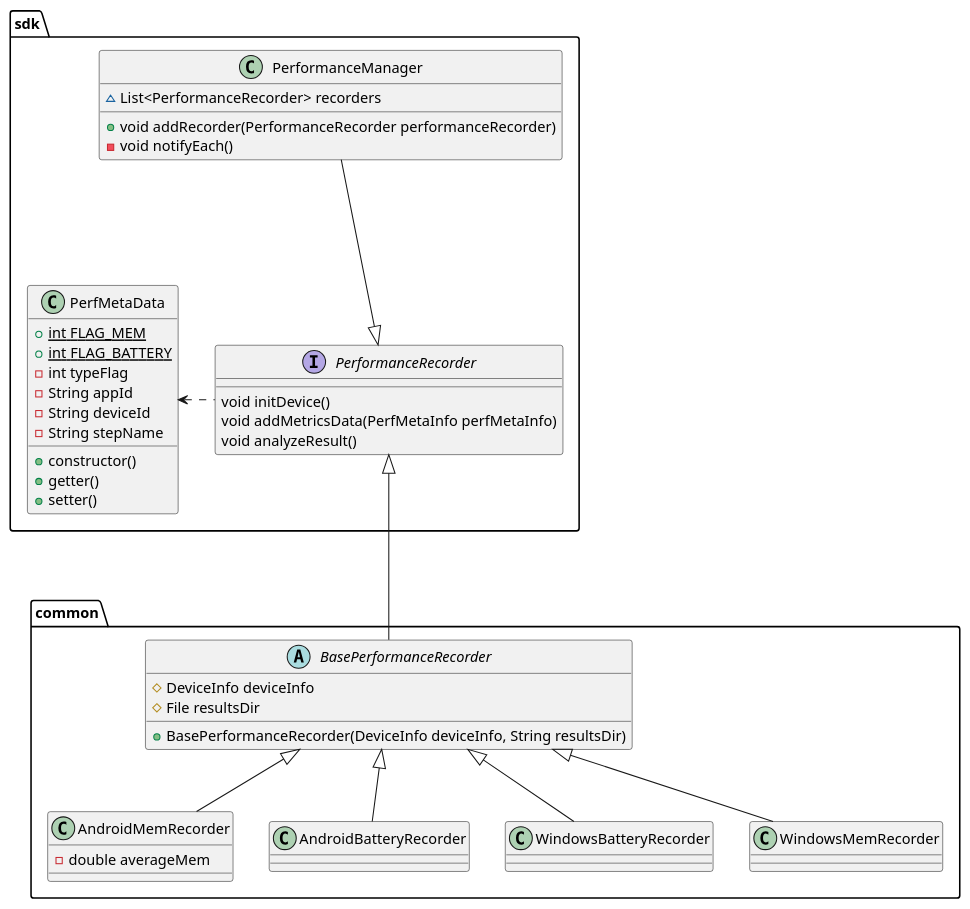
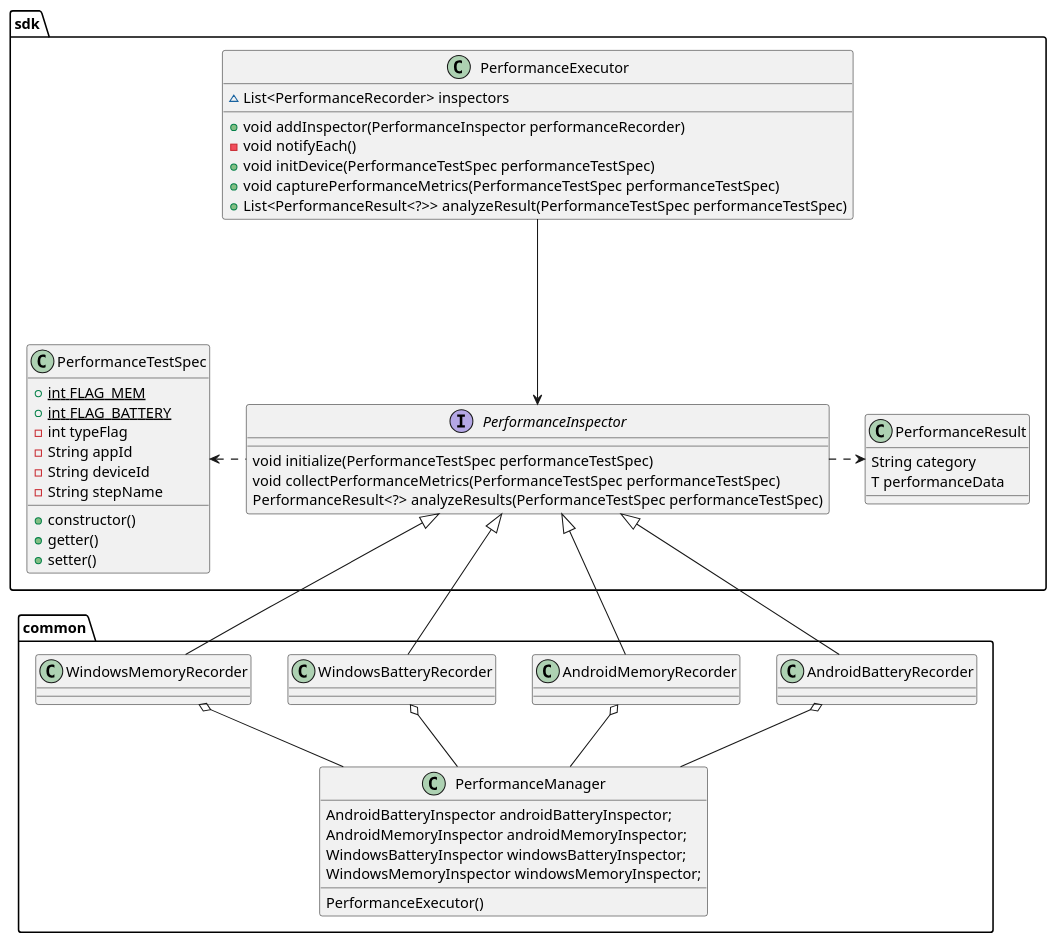
The first of 2 diagrams in agent/doc/UML/perf_design.puml (microsoft/HydraLab), drawn with PlantUML before and after one commit. The commit also changed other lines of this file and 8 other files, not shown here.

Commit message:
Update UML

```diff
--- a/agent/doc/UML/perf_design.puml
+++ b/agent/doc/UML/perf_design.puml
@@ -1,51 +1,61 @@
 @startuml
 'https://plantuml.com/class-diagram'
 
 package "sdk" {
 
-    class PerfMetaData {
+    class PerformanceTestSpec {
         {static}+int FLAG_MEM
         {static}+int FLAG_BATTERY
         -int typeFlag
         -String appId
         -String deviceId
         -String stepName
         +constructor()
         +getter()
         +setter()
     }
-    interface PerformanceRecorder {
-        void initDevice()
-        void addMetricsData(PerfMetaInfo perfMetaInfo)
-        void analyzeResult()
+    interface PerformanceInspector {
+        void initialize(PerformanceTestSpec performanceTestSpec)
+        void collectPerformanceMetrics(PerformanceTestSpec performanceTestSpec)
+        PerformanceResult<?> analyzeResults(PerformanceTestSpec performanceTestSpec)
     }
 
-    class PerformanceManager {
-        ~List<PerformanceRecorder> recorders
-        +void addRecorder(PerformanceRecorder performanceRecorder)
+    class PerformanceExecutor {
+        ~List<PerformanceRecorder> inspectors
+        +void addInspector(PerformanceInspector performanceRecorder)
         -void notifyEach()
+        +void initDevice(PerformanceTestSpec performanceTestSpec)
+        +void capturePerformanceMetrics(PerformanceTestSpec performanceTestSpec)
+        +List<PerformanceResult<?>> analyzeResult(PerformanceTestSpec performanceTestSpec)
+    }
+
+    class PerformanceResult {
+        String category
+        T performanceData
     }
 
 
-    PerformanceRecorder -left..> PerfMetaData
-    PerformanceRecorder <|---up PerformanceManager
+    PerformanceInspector -left..> PerformanceTestSpec
+    PerformanceInspector <---up PerformanceExecutor
+    PerformanceInspector -right..> PerformanceResult
 }
 
 package "common" {
-    abstract class BasePerformanceRecorder {
-        #DeviceInfo deviceInfo
-        #File resultsDir
-        +BasePerformanceRecorder(DeviceInfo deviceInfo, String resultsDir)
+    class PerformanceManager {
+        AndroidBatteryInspector androidBatteryInspector;
+        AndroidMemoryInspector androidMemoryInspector;
+        WindowsBatteryInspector windowsBatteryInspector;
+        WindowsMemoryInspector windowsMemoryInspector;
+        PerformanceExecutor()
     }
-    
-    class AndroidMemRecorder {
-        - double averageMem
-    }
+    PerformanceInspector <|-- AndroidBatteryRecorder
+    PerformanceInspector <|-- AndroidMemoryRecorder
+    PerformanceInspector <|-- WindowsBatteryRecorder
+    PerformanceInspector <|-- WindowsMemoryRecorder
 
-    PerformanceRecorder  <|---down BasePerformanceRecorder
-    BasePerformanceRecorder <|-- AndroidBatteryRecorder
-    BasePerformanceRecorder <|-- AndroidMemRecorder
-    BasePerformanceRecorder <|-- WindowsBatteryRecorder
-    BasePerformanceRecorder <|-- WindowsMemRecorder
+    AndroidBatteryRecorder o-- PerformanceManager
+    AndroidMemoryRecorder o-- PerformanceManager
+    WindowsBatteryRecorder o-- PerformanceManager
+    WindowsMemoryRecorder o-- PerformanceManager
 }
 @enduml
```
